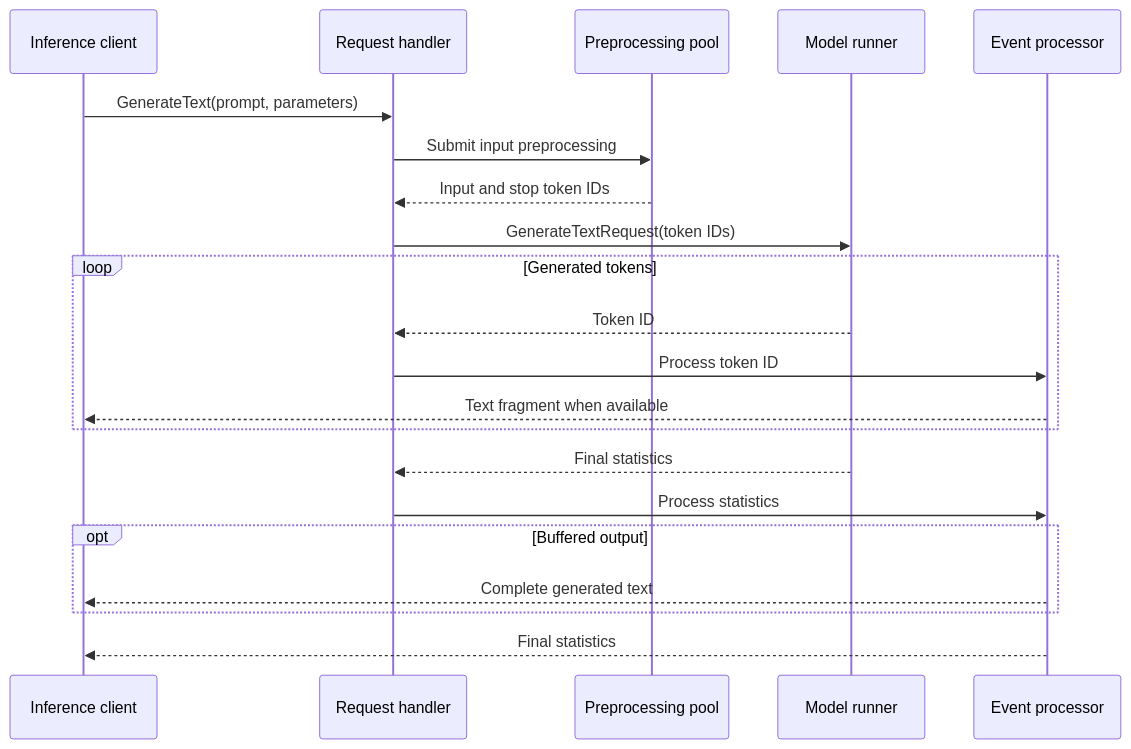
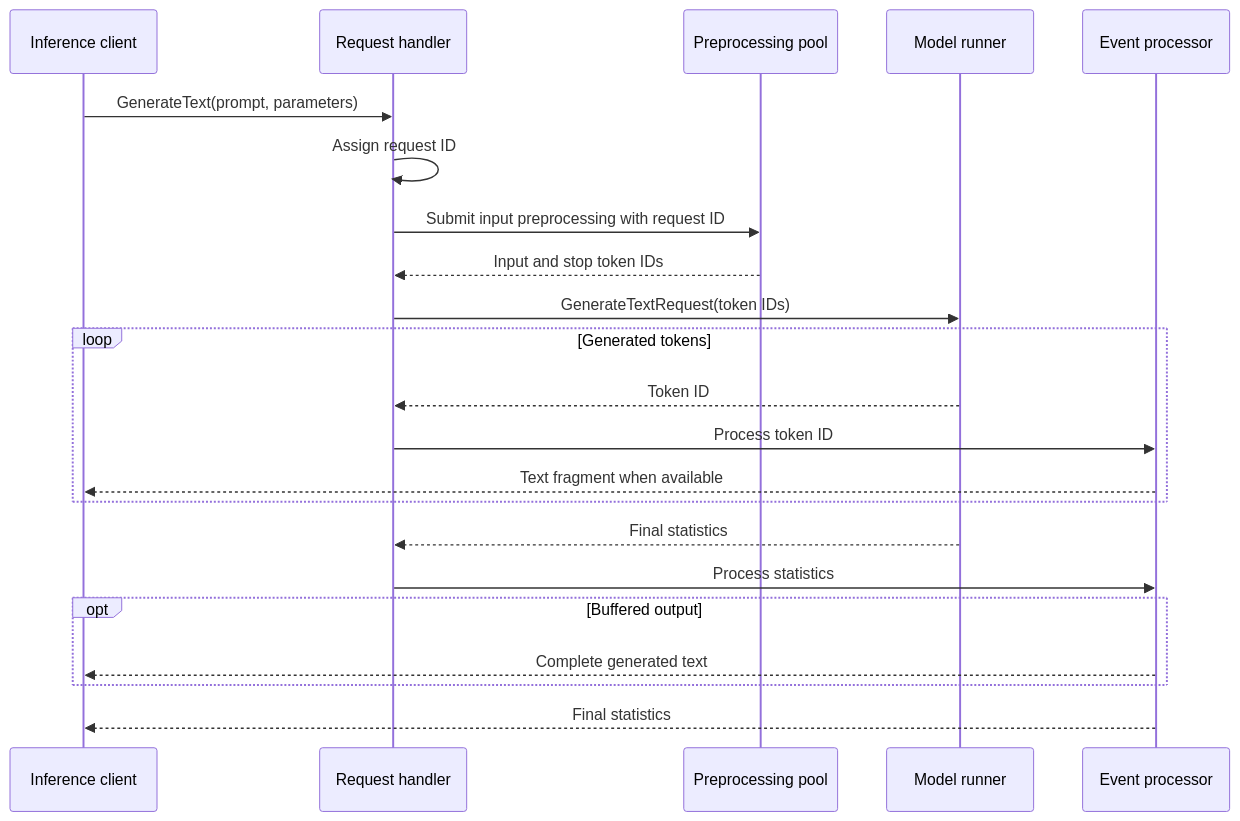
The second of 2 diagrams in src/request_handler/README.md (lun0522/mini-vllm-rs), drawn with Mermaid before and after one commit. The commit also changed other lines of this file and 7 other files, not shown here.

````diff
--- a/src/request_handler/README.md
+++ b/src/request_handler/README.md
@@ -49,24 +50,25 @@
 ```mermaid
 sequenceDiagram
     participant Caller as Inference client
     participant Handler as Request handler
     participant Preprocessing as Preprocessing pool
     participant Runner as Model runner
     participant Events as Event processor
 
     Caller->>Handler: GenerateText(prompt, parameters)
-    Handler->>Preprocessing: Submit input preprocessing
+    Handler->>Handler: Assign request ID
+    Handler->>Preprocessing: Submit input preprocessing with request ID
     Preprocessing-->>Handler: Input and stop token IDs
     Handler->>Runner: GenerateTextRequest(token IDs)
     loop Generated tokens
         Runner-->>Handler: Token ID
         Handler->>Events: Process token ID
         Events-->>Caller: Text fragment when available
     end
     Runner-->>Handler: Final statistics
     Handler->>Events: Process statistics
     opt Buffered output
         Events-->>Caller: Complete generated text
     end
     Events-->>Caller: Final statistics
 ```
````
